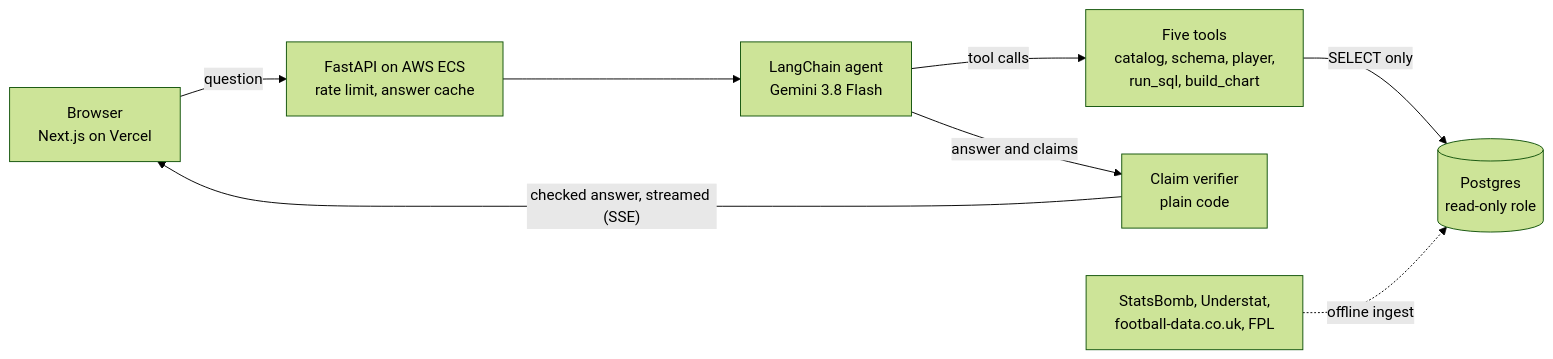
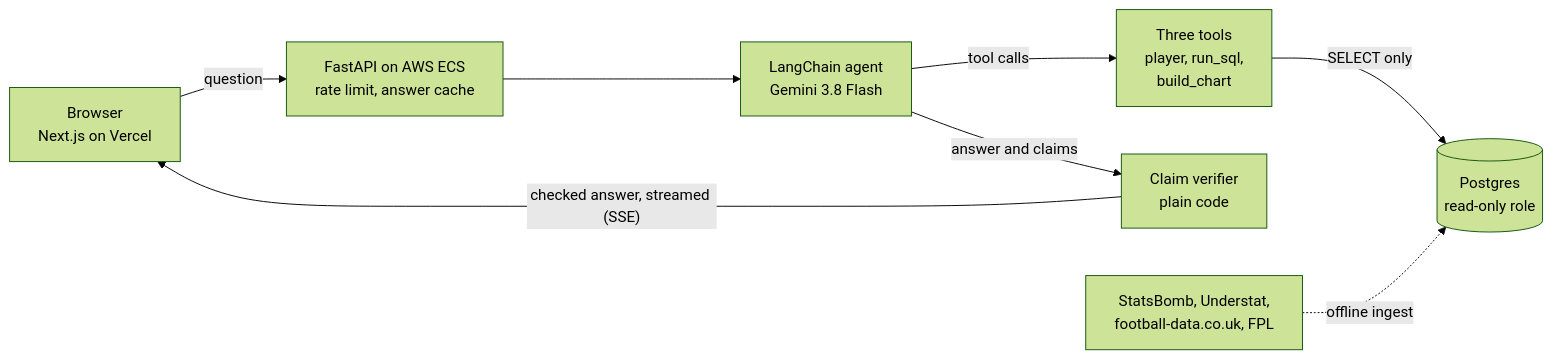
Before and after one commit to arkaslittlemind/Highbury: the diagram in README.md, drawn with Mermaid (forest theme). The commit also changed other lines of this file and 2 other files, not shown here.

````diff
--- a/README.md
+++ b/README.md
@@ -79,10 +79,10 @@
 ```mermaid
 flowchart LR
     B["Browser<br/>Next.js on Vercel"] -- question --> API["FastAPI on AWS ECS<br/>rate limit, answer cache"]
     API --> A["LangChain agent<br/>Gemini 3.8 Flash"]
-    A -- tool calls --> T["Five tools<br/>catalog, schema, player,<br/>run_sql, build_chart"]
+    A -- tool calls --> T["Three tools<br/>player, run_sql,<br/>build_chart"]
     T -- "SELECT only" --> DB[("Postgres<br/>read-only role")]
     A -- answer and claims --> V["Claim verifier<br/>plain code"]
     V -- "checked answer, streamed (SSE)" --> B
     S["StatsBomb, Understat,<br/>football-data.co.uk, FPL"] -. offline ingest .-> DB
 ```
````
